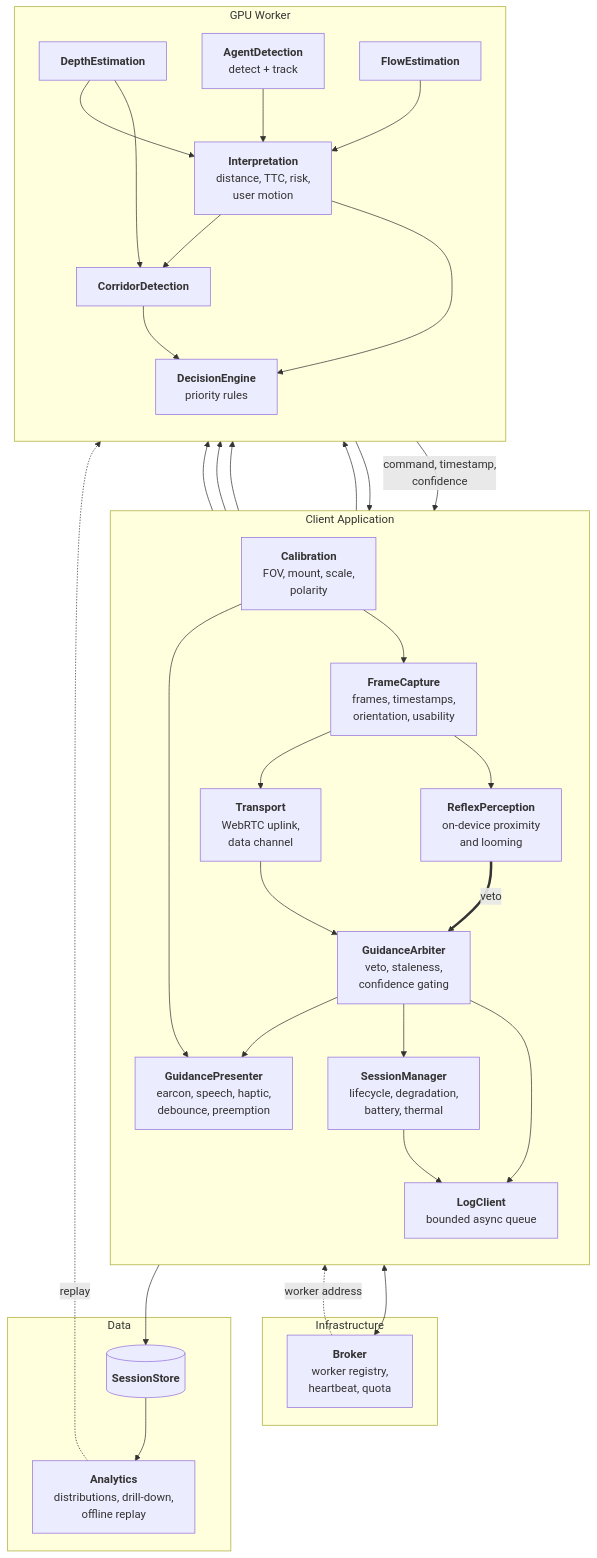
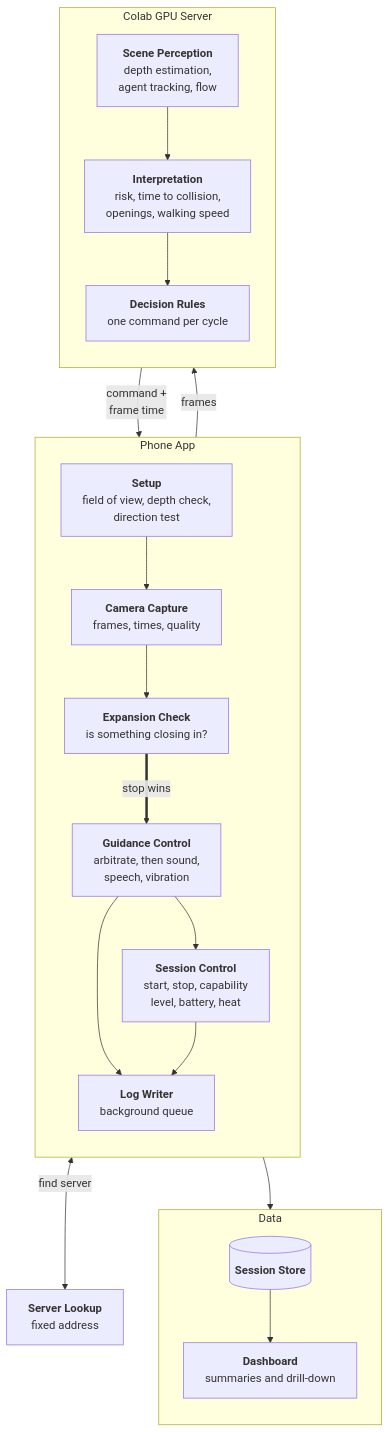
One commit to shahalam22/WalkSafe changed diagram 11 of 14 in docs/SRS.md. Above: the diagram before and after it, drawn with Mermaid. The commit also changed other lines of this file and 1 other file, not shown here.

````diff
--- a/docs/SRS.md
+++ b/docs/SRS.md
@@ -783,62 +715,41 @@
 ```mermaid
 flowchart TD
-    subgraph CLIENT["Client Application"]
+    subgraph PHONE["Phone App"]
         direction TB
-        CAP["<b>FrameCapture</b><br/>frames, timestamps,<br/>orientation, usability"]
-        RFX["<b>ReflexPerception</b><br/>on-device proximity<br/>and looming"]
-        ARB["<b>GuidanceArbiter</b><br/>veto, staleness,<br/>confidence gating"]
-        PRES["<b>GuidancePresenter</b><br/>earcon, speech, haptic,<br/>debounce, preemption"]
-        SESS["<b>SessionManager</b><br/>lifecycle, degradation,<br/>battery, thermal"]
-        CAL["<b>Calibration</b><br/>FOV, mount, scale,<br/>polarity"]
-        LOGC["<b>LogClient</b><br/>bounded async queue"]
-        NET["<b>Transport</b><br/>WebRTC uplink,<br/>data channel"]
+        SETUP["<b>Setup</b><br/>field of view, depth check,<br/>direction test"]
+        CAP["<b>Camera Capture</b><br/>frames, times, quality"]
+        EXP["<b>Expansion Check</b><br/>is something closing in?"]
+        GUID["<b>Guidance Control</b><br/>arbitrate, then sound,<br/>speech, vibration"]
+        SESS["<b>Session Control</b><br/>start, stop, capability<br/>level, battery, heat"]
+        LOG["<b>Log Writer</b><br/>background queue"]
     end
 
-    subgraph WORKER["GPU Worker"]
+    subgraph SERVER["Colab GPU Server"]
         direction TB
-        DEP["<b>DepthEstimation</b>"]
-        DET["<b>AgentDetection</b><br/>detect + track"]
-        FLW["<b>FlowEstimation</b>"]
-        INT["<b>Interpretation</b><br/>distance, TTC, risk,<br/>user motion"]
-        GAP["<b>CorridorDetection</b>"]
-        DEC["<b>DecisionEngine</b><br/>priority rules"]
-    end
-
-    subgraph INFRA["Infrastructure"]
-        BRK["<b>Broker</b><br/>worker registry,<br/>heartbeat, quota"]
+        PERC["<b>Scene Perception</b><br/>depth estimation,<br/>agent tracking, flow"]
+        INT["<b>Interpretation</b><br/>risk, time to collision,<br/>openings, walking speed"]
+        RUL["<b>Decision Rules</b><br/>one command per cycle"]
+        PERC --> INT
+        INT --> RUL
     end
 
     subgraph DATA["Data"]
-        DB[("<b>SessionStore</b>")]
-        ANL["<b>Analytics</b><br/>distributions, drill-down,<br/>offline replay"]
+        direction TB
+        DB[("<b>Session Store</b>")]
+        DASH["<b>Dashboard</b><br/>summaries and drill-down"]
+        DB --> DASH
     end
 
-    CAP --> RFX
-    CAP --> NET
-    RFX ==>|veto| ARB
-    NET --> DEP
-    NET --> DET
-    NET --> FLW
-    DEP --> INT
-    DET --> INT
-    FLW --> INT
-    DEP --> GAP
-    INT --> GAP
-    INT --> DEC
-    GAP --> DEC
-    DEC -->|command, timestamp,<br/>confidence| NET
-    NET --> ARB
-    ARB --> PRES
-    ARB --> SESS
-    SESS <--> BRK
-    BRK -.->|worker address| NET
-    CAL --> CAP
-    CAL --> GAP
-    CAL --> PRES
-    ARB --> LOGC
-    SESS --> LOGC
-    DEC --> LOGC
-    LOGC --> DB
-    DB --> ANL
-    ANL -.->|replay| DEC
+    LOOK["<b>Server Lookup</b><br/>fixed address"]
+
+    SETUP --> CAP
+    CAP --> EXP
+    CAP -->|frames| PERC
+    EXP ==>|stop wins| GUID
+    RUL -->|command +<br/>frame time| GUID
+    GUID --> SESS
+    GUID --> LOG
+    SESS --> LOG
+    SESS <-->|find server| LOOK
+    LOG --> DB
 ```
````
